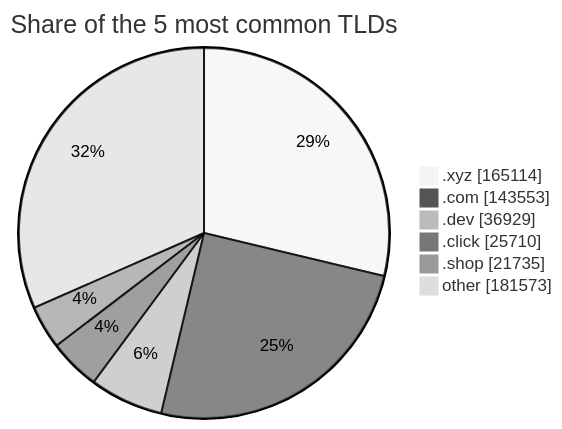
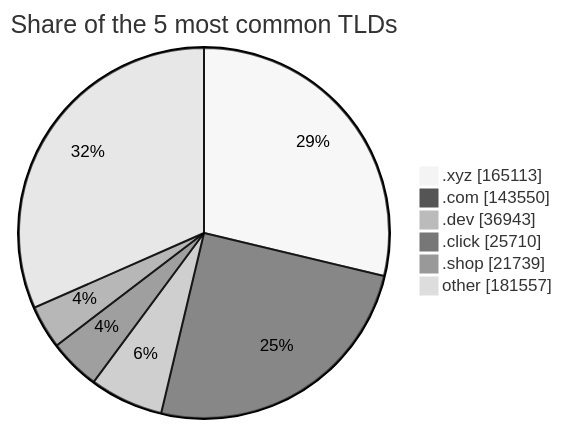
One commit to DNSBunker/CTI changed the third of 3 diagrams in README.md. Above: the diagram before and after it, drawn with Mermaid (neutral theme). The commit also changed other lines of this file and 3 other files, not shown here.

````diff
--- a/README.md
+++ b/README.md
@@ -81,9 +81,9 @@
 ```mermaid
 pie showData title Share of the 5 most common TLDs
-    ".xyz" : 165114
-    ".com" : 143553
-    ".dev" : 36929
+    ".xyz" : 165113
+    ".com" : 143550
+    ".dev" : 36943
     ".click" : 25710
-    ".shop" : 21735
-    "other" : 181573
+    ".shop" : 21739
+    "other" : 181557
 ```
````
